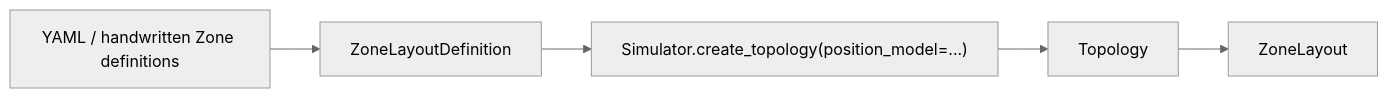
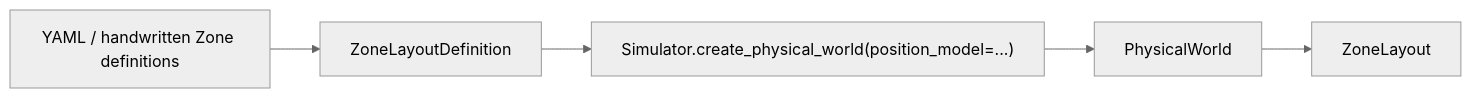
One commit to seed-labs/skyseed changed the first of 2 diagrams in skyseed_v2/src/skyseed_v2/configuration/simulator/README.md. Above: the diagram before and after it, drawn with Mermaid (neutral theme). The commit also changed other lines of this file and 256 other files, not shown here.

Commit message:
refactor: complete network planner architecture cutover

````diff
--- a/skyseed_v2/src/skyseed_v2/configuration/simulator/README.md
+++ b/skyseed_v2/src/skyseed_v2/configuration/simulator/README.md
@@ -13,7 +13,7 @@
 ```mermaid
 flowchart LR
     SOURCE["YAML / handwritten Zone definitions"] --> DEF["ZoneLayoutDefinition"]
-    DEF --> CREATE["Simulator.create_topology(position_model=...)"]
-    CREATE --> TOPOLOGY["Topology"]
-    TOPOLOGY --> LAYOUT["ZoneLayout"]
+    DEF --> CREATE["Simulator.create_physical_world(position_model=...)"]
+    CREATE --> PHYSICAL_WORLD["PhysicalWorld"]
+    PHYSICAL_WORLD --> LAYOUT["ZoneLayout"]
 ```
````
